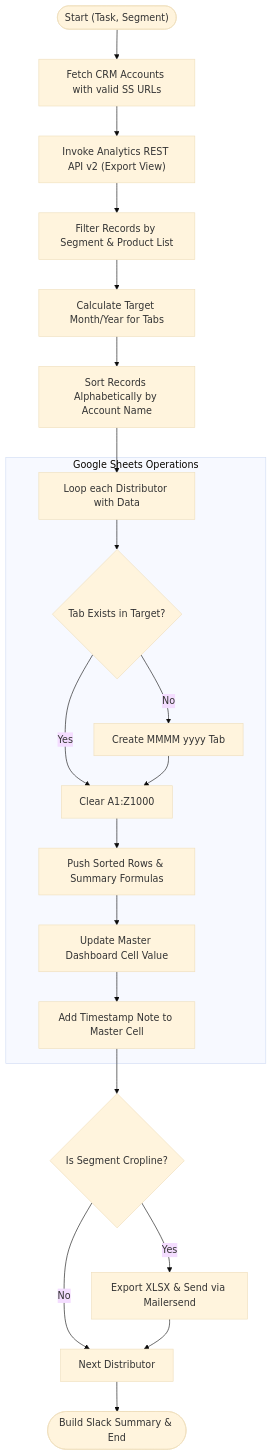
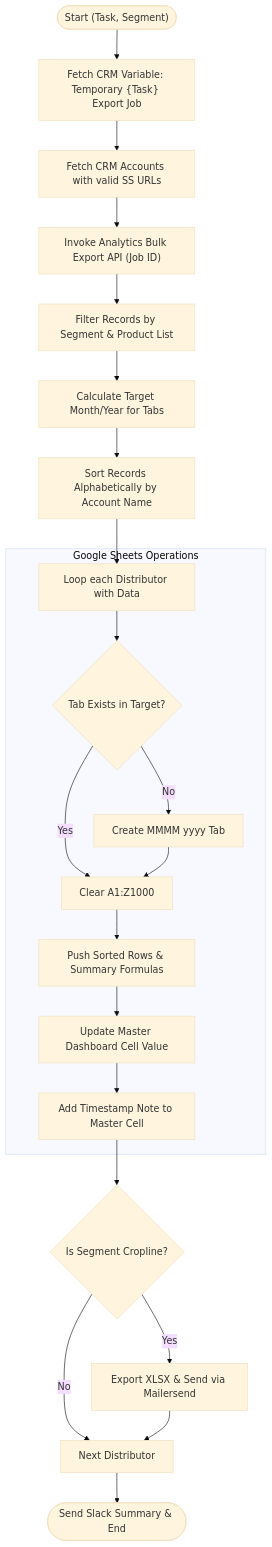
Before and after one commit to martinkp93/zoho-scripts: the diagram in Revenue and Finance/Data Exports/Invoicing/Invoicing Exports Handler/delugeRenewalsAndNewSalesExportHandler.md, drawn with Mermaid (base theme). The commit also changed other lines of this file, not shown here.

Commit message:
Update delugeRenewalsAndNewSalesExportHandler.md docs via DeluluDocu

````diff
--- a/Revenue and Finance/Data Exports/Invoicing/Invoicing Exports Handler/delugeRenewalsAndNewSalesExportHandler.md
+++ b/Revenue and Finance/Data Exports/Invoicing/Invoicing Exports Handler/delugeRenewalsAndNewSalesExportHandler.md
@@ -40,26 +41,27 @@
 ```mermaid
 graph TD
-    Start(["Start (Task, Segment)"]) --> FetchCRM["Fetch CRM Accounts with valid SS URLs"]
-    FetchCRM --> AnalyticsExport["Invoke Analytics REST API v2 (Export View)"]
+    Start(["Start (Task, Segment)"]) --> GetJobVar["Fetch CRM Variable: Temporary {Task} Export Job"]
+    GetJobVar --> FetchCRM["Fetch CRM Accounts with valid SS URLs"]
+    FetchCRM --> AnalyticsExport["Invoke Analytics Bulk Export API (Job ID)"]
     AnalyticsExport --> FilterData["Filter Records by Segment & Product List"]
     FilterData --> DateCalc["Calculate Target Month/Year for Tabs"]
     DateCalc --> SortData["Sort Records Alphabetically by Account Name"]
     SortData --> LoopDist["Loop each Distributor with Data"]
     
     subgraph GoogleUpdate ["Google Sheets Operations"]
         LoopDist --> TabCheck{"Tab Exists in Target?"}
         TabCheck -- "No" --> CreateTab["Create MMMM yyyy Tab"]
         TabCheck -- "Yes" --> ClearData["Clear A1:Z1000"]
         CreateTab --> ClearData
         ClearData --> PushData["Push Sorted Rows & Summary Formulas"]
         PushData --> MasterDash["Update Master Dashboard Cell Value"]
         MasterDash --> CellNote["Add Timestamp Note to Master Cell"]
     end
     
     CellNote --> IsCropline{"Is Segment Cropline?"}
     IsCropline -- "Yes" --> Email["Export XLSX & Send via Mailersend"]
     IsCropline -- "No" --> NextDist["Next Distributor"]
     Email --> NextDist
     
-    NextDist --> End(["Build Slack Summary & End"])
+    NextDist --> End(["Send Slack Summary & End"])
 ```
````
